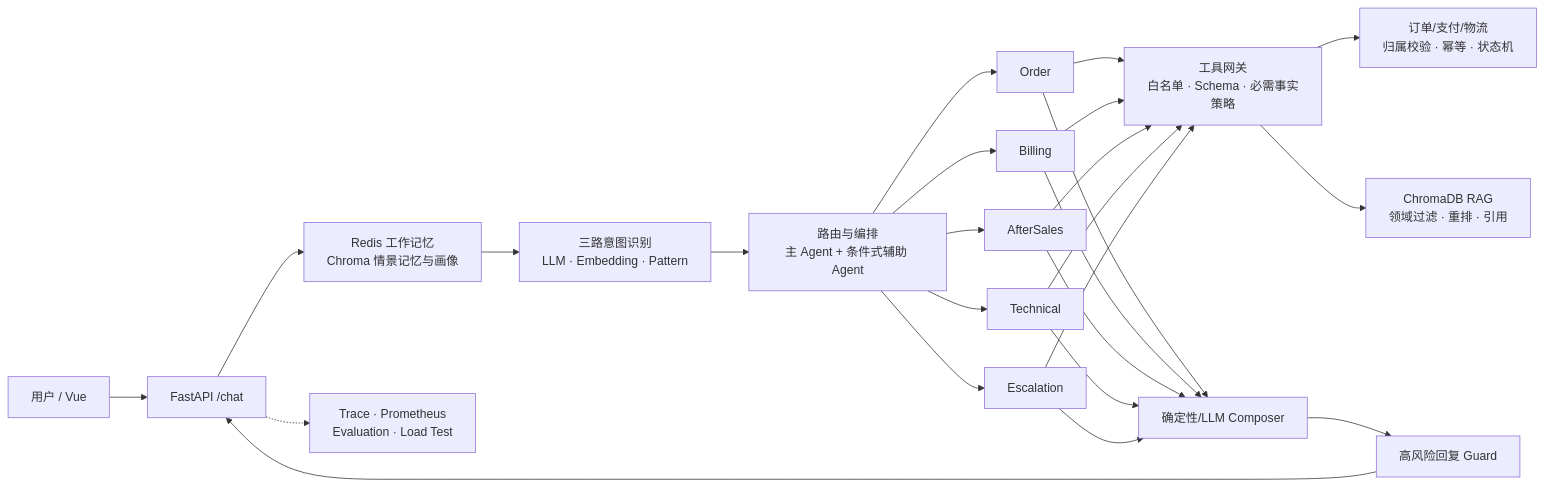
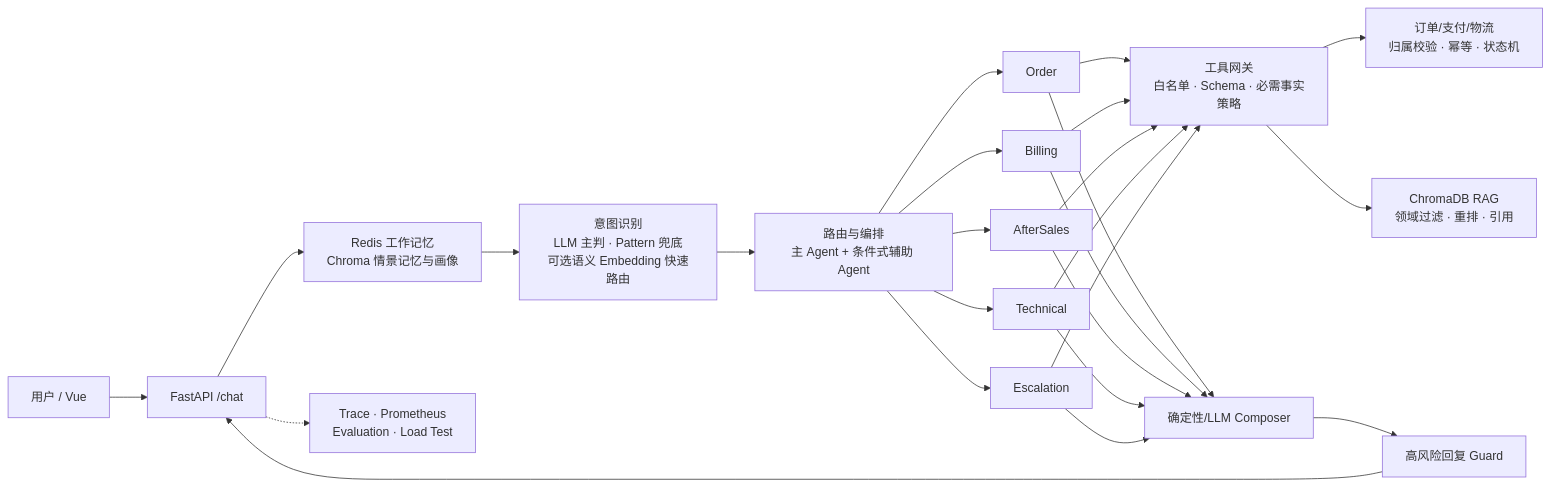
One commit to ianIanlan/CommerceMind changed the first of 2 diagrams in README.md. Above: the diagram before and after it, drawn with Mermaid. The commit also changed other lines of this file and 8 other files, not shown here.

````diff
--- a/README.md
+++ b/README.md
@@ -28,19 +33,19 @@
 ```mermaid
 flowchart LR
     U[用户 / Vue] --> API[FastAPI /chat]
     API --> MEM[Redis 工作记忆<br/>Chroma 情景记忆与画像]
-    MEM --> INTENT[三路意图识别<br/>LLM · Embedding · Pattern]
+    MEM --> INTENT[意图识别<br/>LLM 主判 · Pattern 兜底<br/>可选语义 Embedding 快速路由]
     INTENT --> ROUTER[路由与编排<br/>主 Agent + 条件式辅助 Agent]
     ROUTER --> OA[Order]
     ROUTER --> BA[Billing]
     ROUTER --> AA[AfterSales]
     ROUTER --> TA[Technical]
     ROUTER --> EA[Escalation]
     OA & BA & AA & TA & EA --> GATE[工具网关<br/>白名单 · Schema · 必需事实策略]
     GATE --> BIZ[订单/支付/物流<br/>归属校验 · 幂等 · 状态机]
     GATE --> RAG[ChromaDB RAG<br/>领域过滤 · 重排 · 引用]
     OA & BA & AA & TA & EA --> COMPOSE[确定性/LLM Composer]
     COMPOSE --> GUARD[高风险回复 Guard]
     GUARD --> API
     API -.-> OBS[Trace · Prometheus<br/>Evaluation · Load Test]
 ```
````
